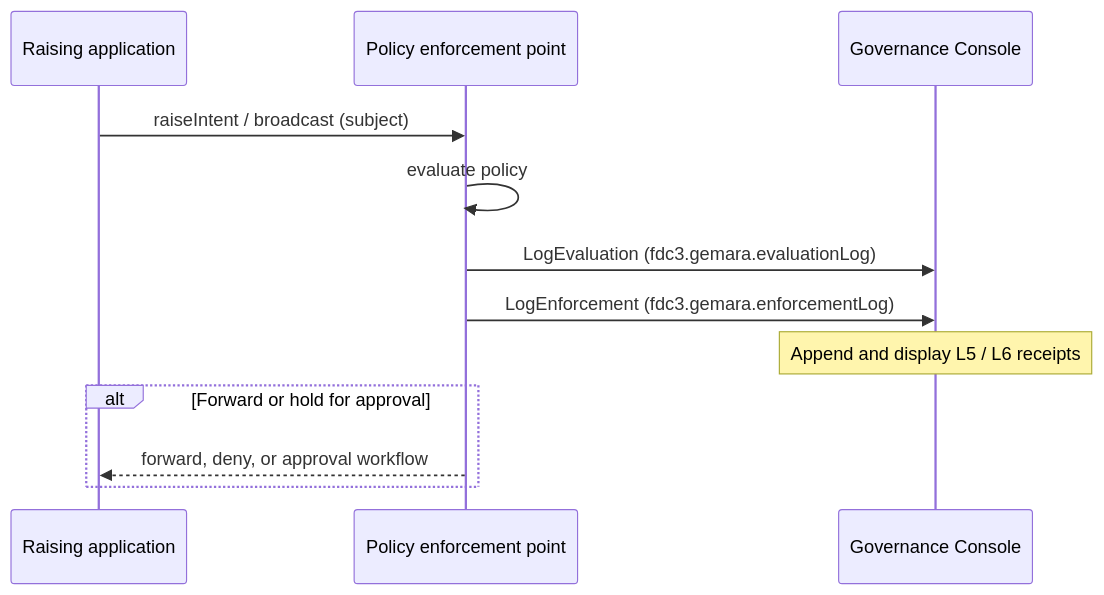
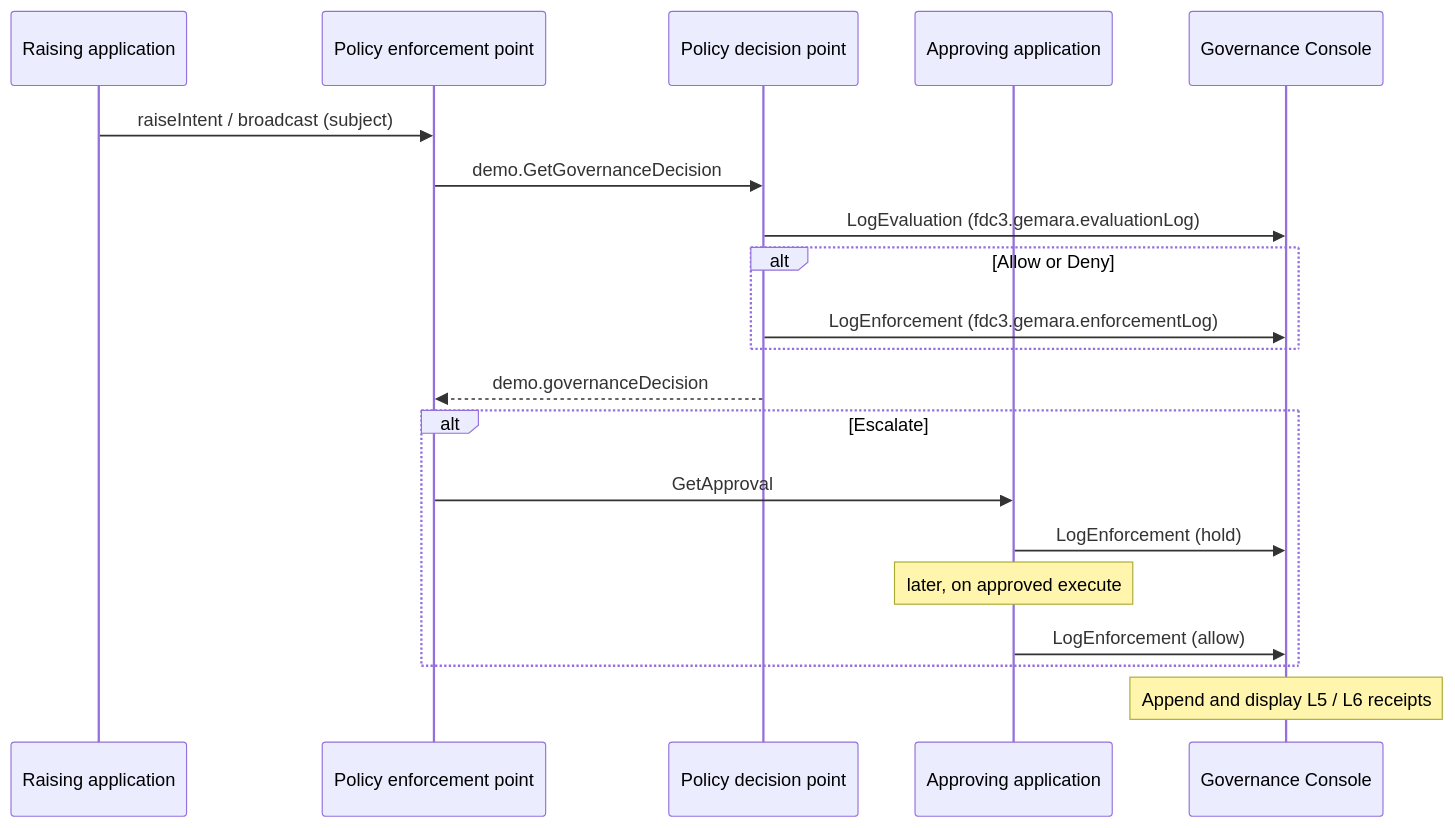
One commit to risk-first/ten-factor-governance changed the diagram in examples/aipa/fdc3-extensions/fdc3.gemara/README.md. Above: the diagram before and after it, drawn with Mermaid. The commit also changed other lines of this file and 46 other files, not shown here.

Commit message:
Refactoring to split approval process and evaluation process out of governance. Added jev evaluations.

````diff
--- a/examples/aipa/fdc3-extensions/fdc3.gemara/README.md
+++ b/examples/aipa/fdc3-extensions/fdc3.gemara/README.md
@@ -19,14 +21,22 @@
 ```mermaid
 sequenceDiagram
   participant Raise as Raising application
   participant Pep as Policy enforcement point
+  participant Pdp as Policy decision point
+  participant Approve as Approving application
   participant Console as Governance Console
   Raise->>Pep: raiseIntent / broadcast (subject)
-  Pep->>Pep: evaluate policy
-  Pep->>Console: LogEvaluation (fdc3.gemara.evaluationLog)
-  Pep->>Console: LogEnforcement (fdc3.gemara.enforcementLog)
+  Pep->>Pdp: demo.GetGovernanceDecision
+  Pdp->>Console: LogEvaluation (fdc3.gemara.evaluationLog)
+  alt Allow or Deny
+    Pdp->>Console: LogEnforcement (fdc3.gemara.enforcementLog)
+  end
+  Pdp-->>Pep: demo.governanceDecision
+  alt Escalate
+    Pep->>Approve: GetApproval
+    Approve->>Console: LogEnforcement (hold)
+    Note over Approve: later, on approved execute
+    Approve->>Console: LogEnforcement (allow)
+  end
   Note over Console: Append and display L5 / L6 receipts
-  alt Forward or hold for approval
-    Pep-->>Raise: forward, deny, or approval workflow
-  end
 ```
````
